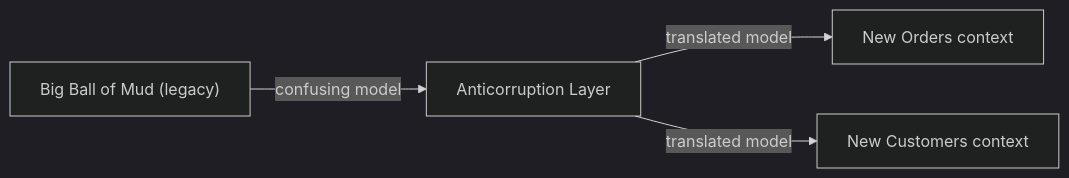
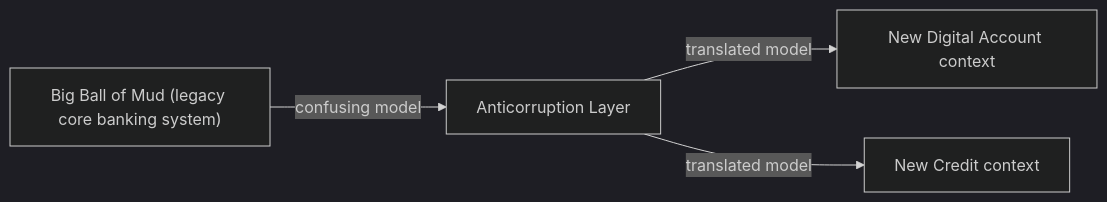
The diagram in i18n/en/docusaurus-plugin-content-docs/current/design/ddd/context-mapping/big-ball-of-mud.md (alancesar/design-patterns), drawn with Mermaid (dark theme) before and after one commit. The commit also changed other lines of this file and 67 other files, not shown here.

First line of the commit message:
Switch DDD examples and diagrams to fintech scenarios

````diff
--- a/i18n/en/docusaurus-plugin-content-docs/current/design/ddd/context-mapping/big-ball-of-mud.md
+++ b/i18n/en/docusaurus-plugin-content-docs/current/design/ddd/context-mapping/big-ball-of-mud.md
@@ -55,6 +55,6 @@
 ```mermaid
 flowchart LR
-    BBM["Big Ball of Mud (legacy)"] -->|"confusing model"| ACL["Anticorruption Layer"]
-    ACL -->|"translated model"| N1["New Orders context"]
-    ACL -->|"translated model"| N2["New Customers context"]
+    BBM["Big Ball of Mud (legacy core banking system)"] -->|"confusing model"| ACL["Anticorruption Layer"]
+    ACL -->|"translated model"| N1["New Digital Account context"]
+    ACL -->|"translated model"| N2["New Credit context"]
 ```
````
